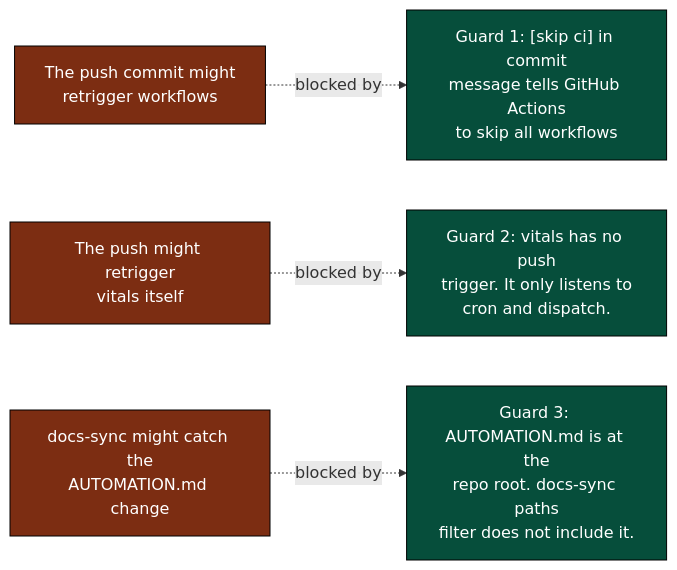
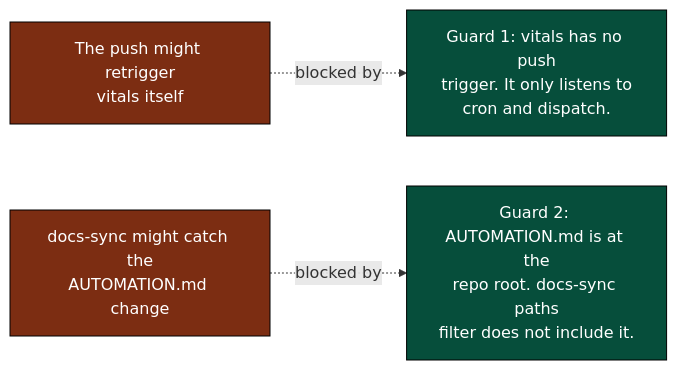
Before and after one commit to llm-exe/llm-exe: the ninth of 14 diagrams in .github/docs/VITALS_DEEP_DIVE.md, drawn with Mermaid. The commit also changed other lines of this file and 1 other file, not shown here.

First line of the commit message:
ci(vitals): stop vitals commits from skipping the release PR's checks

````diff
--- a/.github/docs/VITALS_DEEP_DIVE.md
+++ b/.github/docs/VITALS_DEEP_DIVE.md
@@ -287,17 +287,14 @@
 ```mermaid
 flowchart LR
     classDef risk fill:#7c2d12,color:#fff,stroke:#000
     classDef guard fill:#064e3b,color:#fff,stroke:#000
 
-    R1["The push commit might<br/>retrigger workflows"]:::risk
     R2["The push might retrigger<br/>vitals itself"]:::risk
     R3["docs-sync might catch the<br/>AUTOMATION.md change"]:::risk
 
-    G1["Guard 1: [skip ci] in commit<br/>message tells GitHub Actions<br/>to skip all workflows"]:::guard
-    G2["Guard 2: vitals has no push<br/>trigger. It only listens to<br/>cron and dispatch."]:::guard
-    G3["Guard 3: AUTOMATION.md is at the<br/>repo root. docs-sync paths<br/>filter does not include it."]:::guard
+    G2["Guard 1: vitals has no push<br/>trigger. It only listens to<br/>cron and dispatch."]:::guard
+    G3["Guard 2: AUTOMATION.md is at the<br/>repo root. docs-sync paths<br/>filter does not include it."]:::guard
 
-    R1 -. blocked by .-> G1
     R2 -. blocked by .-> G2
     R3 -. blocked by .-> G3
 ```
````
